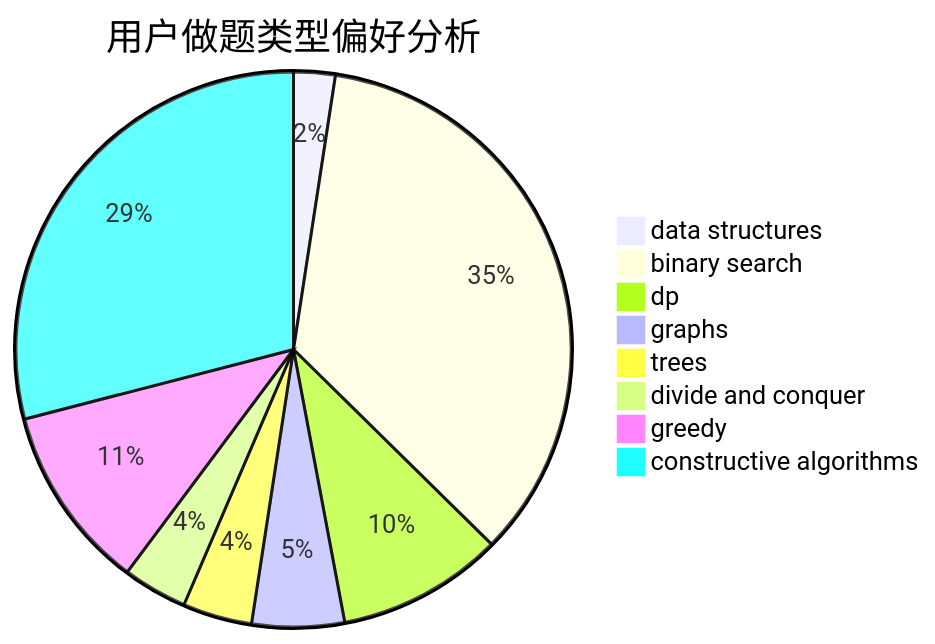
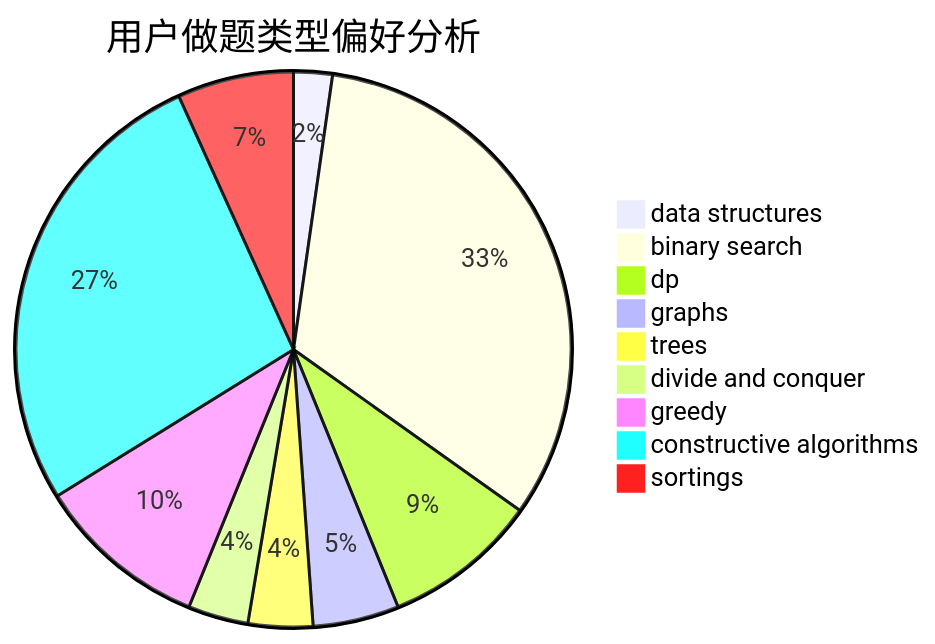
One commit to sherpahu/cfrs.github.io changed the second of 3 diagrams in docs/user/u332.md. Above: the diagram before and after it, drawn with Mermaid. The commit also changed other lines of this file and 2769 other files, not shown here.

````diff
--- a/docs/user/u332.md
+++ b/docs/user/u332.md
@@ -23,11 +18,12 @@
 ```mermaid
 pie title 用户做题类型偏好分析
     "data structures" :  9
     "binary search" :  130
     "dp" :  36
     "graphs" :  20
     "trees" :  15
     "divide and conquer" :  14
     "greedy" :  40
     "constructive algorithms" :  108
+    "sortings" :  27
 ```
````
